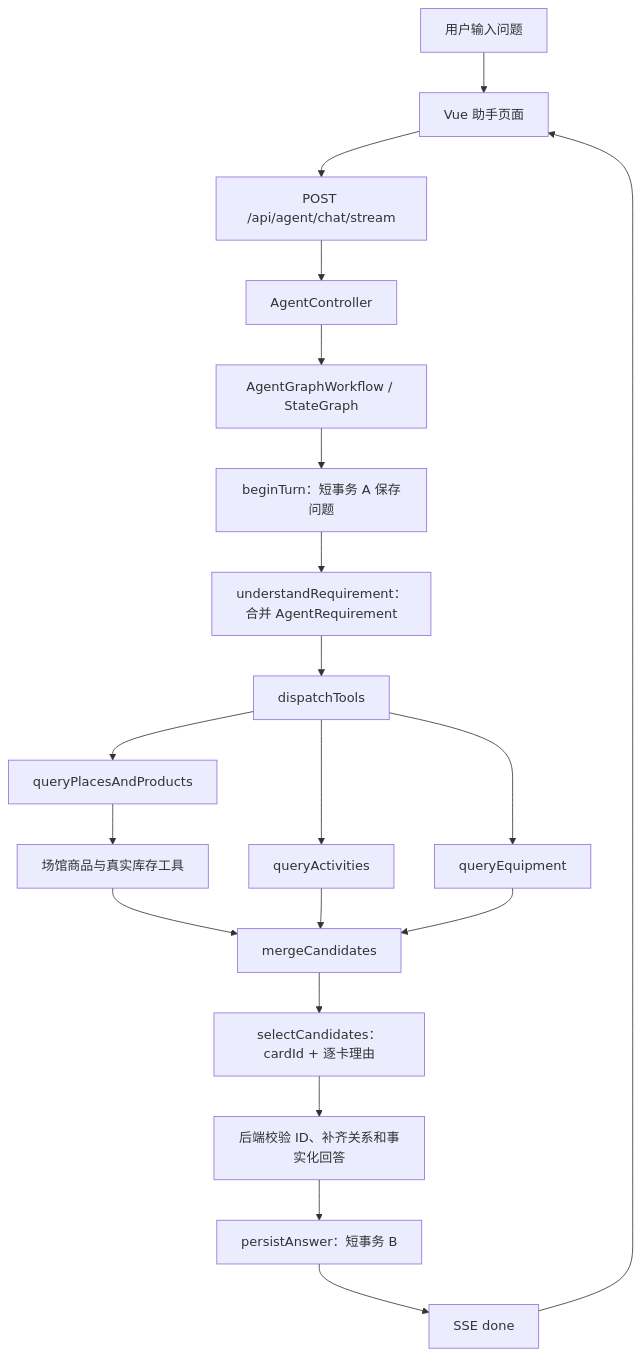
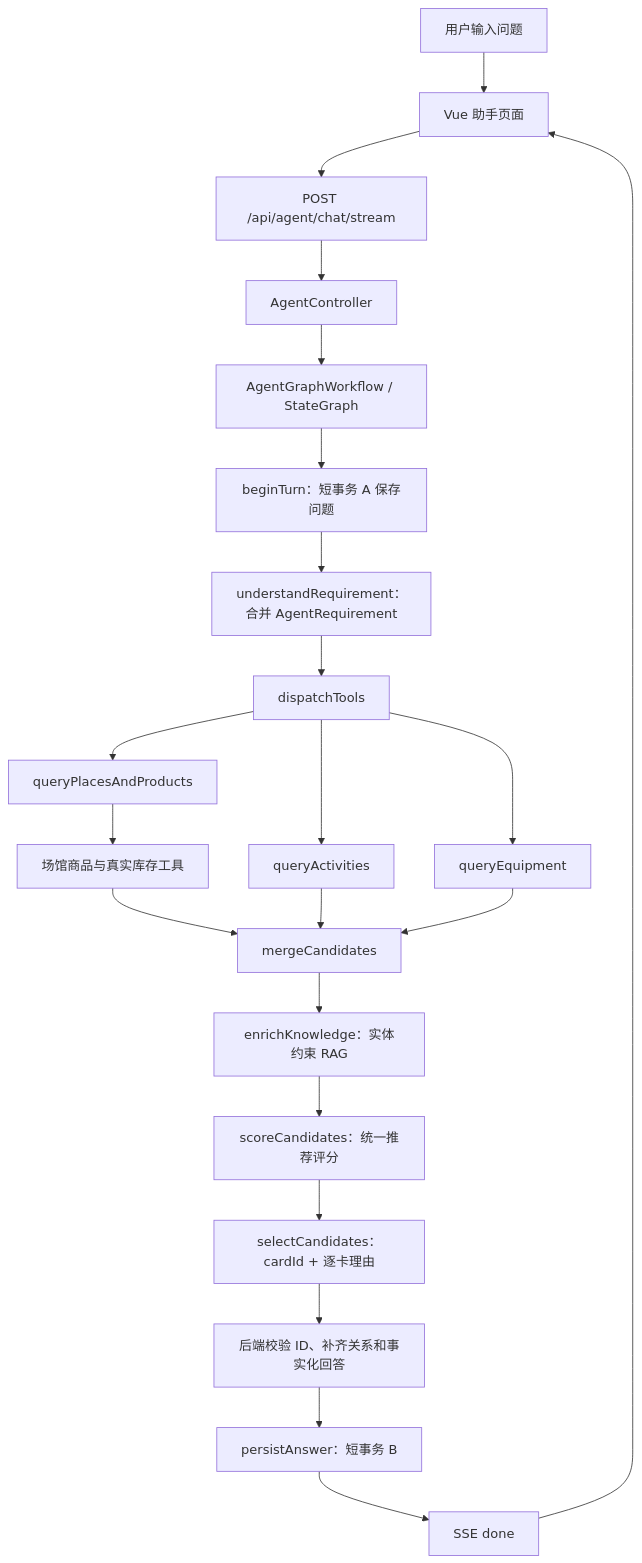
The diagram in docs/约个球AI助手当前业务逻辑.md (SeeYouLikeLast/yueqiu), drawn with Mermaid before and after one commit. The commit also changed other lines of this file and 50 other files, not shown here.

````diff
--- a/docs/约个球AI助手当前业务逻辑.md
+++ b/docs/约个球AI助手当前业务逻辑.md
@@ -29,24 +31,26 @@
 ```mermaid
 flowchart TD
     U["用户输入问题"] --> V["Vue 助手页面"]
     V --> S["POST /api/agent/chat/stream"]
     S --> C["AgentController"]
     C --> O["AgentGraphWorkflow / StateGraph"]
 
     O --> P1["beginTurn：短事务 A 保存问题"]
     P1 --> M["understandRequirement：合并 AgentRequirement"]
     M --> X["dispatchTools"]
     X --> T1["queryPlacesAndProducts"]
     X --> T2["queryActivities"]
     X --> T3["queryEquipment"]
     T1 --> T4["场馆商品与真实库存工具"]
 
     T4 --> R["mergeCandidates"]
     T2 --> R
     T3 --> R
-    R --> L["selectCandidates：cardId + 逐卡理由"]
+    R --> K["enrichKnowledge：实体约束 RAG"]
+    K --> Q["scoreCandidates：统一推荐评分"]
+    Q --> L["selectCandidates：cardId + 逐卡理由"]
     L --> G["后端校验 ID、补齐关系和事实化回答"]
     G --> P2["persistAnswer：短事务 B"]
     P2 --> D["SSE done"]
     D --> V
 ```
````
